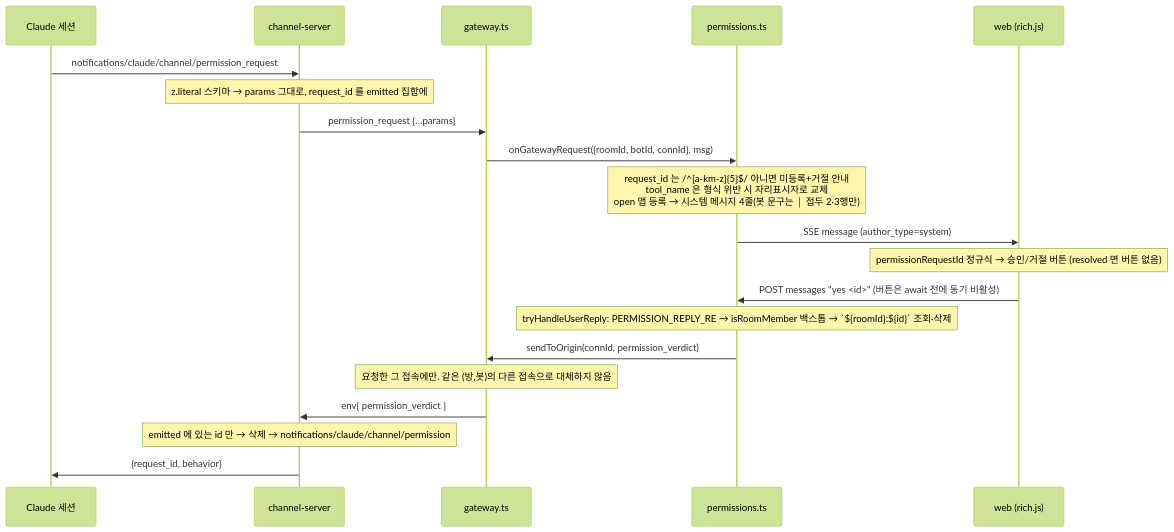
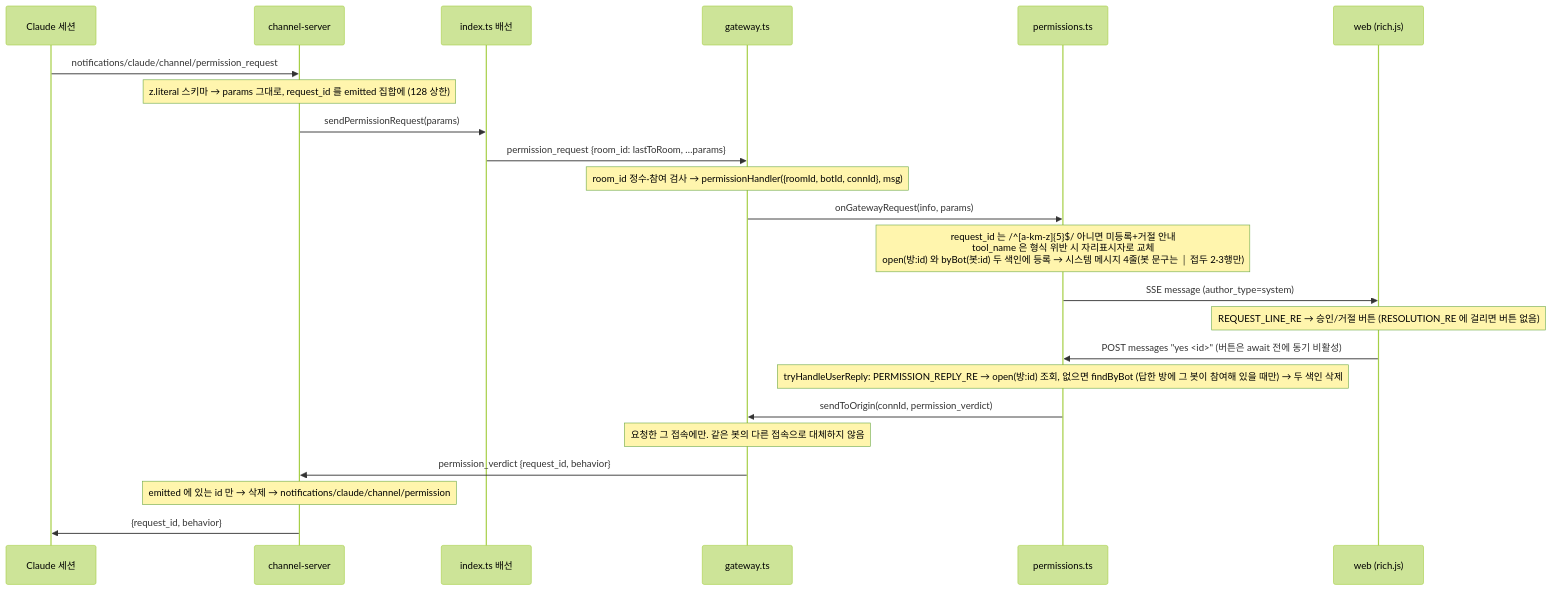
Before and after one commit to bjw202/minidiscord: the second of 2 diagrams in .moai/project/codemaps/data-flow.md, drawn with Mermaid (forest theme). The commit also changed other lines of this file and 7 other files, not shown here.

First line of the commit message:
docs(v2-c2): README·ROADMAP·CHANGELOG·코드맵 5종을 v2 현재 코드 기준으로 — C2 5번

````diff
--- a/.moai/project/codemaps/data-flow.md
+++ b/.moai/project/codemaps/data-flow.md
@@ -86,22 +95,25 @@
 ```mermaid
 sequenceDiagram
   participant S as Claude 세션
   participant C as channel-server
+  participant W as index.ts 배선
   participant G as gateway.ts
   participant P as permissions.ts
-  participant W as web (rich.js)
+  participant U as web (rich.js)
   S->>C: notifications/claude/channel/permission_request
-  Note over C: z.literal 스키마 → params 그대로, request_id 를 emitted 집합에
-  C->>G: permission_request {…params}
-  G->>P: onGatewayRequest({roomId, botId, connId}, msg)
-  Note over P: request_id 는 /^[a-km-z]{5}$/ 아니면 미등록+거절 안내<br/>tool_name 은 형식 위반 시 자리표시자로 교체<br/>open 맵 등록 → 시스템 메시지 4줄(봇 문구는 │ 접두 2·3행만)
-  P->>W: SSE message (author_type=system)
-  Note over W: permissionRequestId 정규식 → 승인/거절 버튼 (resolved 면 버튼 없음)
-  W->>P: POST messages "yes <id>" (버튼은 await 전에 동기 비활성)
-  Note over P: tryHandleUserReply: PERMISSION_REPLY_RE → isRoomMember 백스톱 → `${roomId}:${id}` 조회·삭제
+  Note over C: z.literal 스키마 → params 그대로, request_id 를 emitted 집합에 (128 상한)
+  C->>W: sendPermissionRequest(params)
+  W->>G: permission_request {room_id: lastToRoom, …params}
+  Note over G: room_id 정수·참여 검사 → permissionHandler({roomId, botId, connId}, msg)
+  G->>P: onGatewayRequest(info, params)
+  Note over P: request_id 는 /^[a-km-z]{5}$/ 아니면 미등록+거절 안내<br/>tool_name 은 형식 위반 시 자리표시자로 교체<br/>open(방:id) 와 byBot(봇:id) 두 색인에 등록 → 시스템 메시지 4줄(봇 문구는 │ 접두 2·3행만)
+  P->>U: SSE message (author_type=system)
+  Note over U: REQUEST_LINE_RE → 승인/거절 버튼 (RESOLUTION_RE 에 걸리면 버튼 없음)
+  U->>P: POST messages "yes <id>" (버튼은 await 전에 동기 비활성)
+  Note over P: tryHandleUserReply: PERMISSION_REPLY_RE → open(방:id) 조회, 없으면 findByBot (답한 방에 그 봇이 참여해 있을 때만) → 두 색인 삭제
   P->>G: sendToOrigin(connId, permission_verdict)
-  Note over G: 요청한 그 접속에만. 같은 (방,봇)의 다른 접속으로 대체하지 않음
-  G->>C: env{ permission_verdict }
+  Note over G: 요청한 그 접속에만. 같은 봇의 다른 접속으로 대체하지 않음
+  G->>C: permission_verdict {request_id, behavior}
   Note over C: emitted 에 있는 id 만 → 삭제 → notifications/claude/channel/permission
   C->>S: {request_id, behavior}
 ```
````
